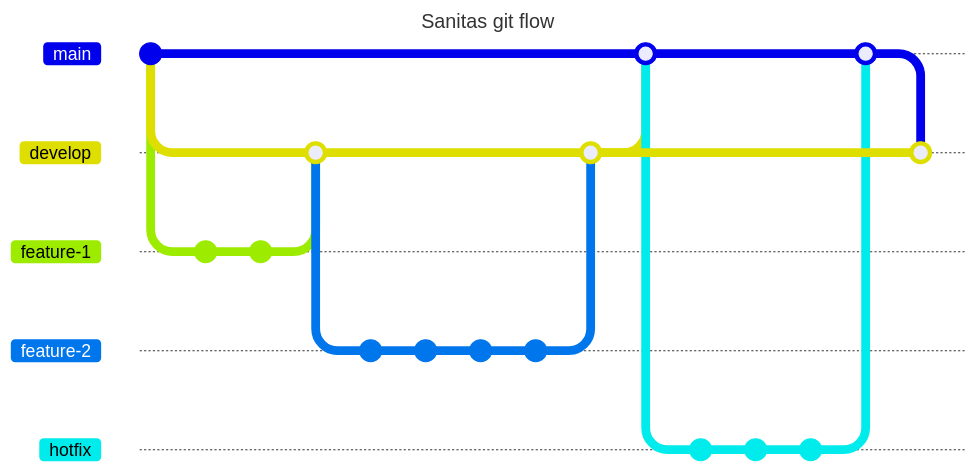
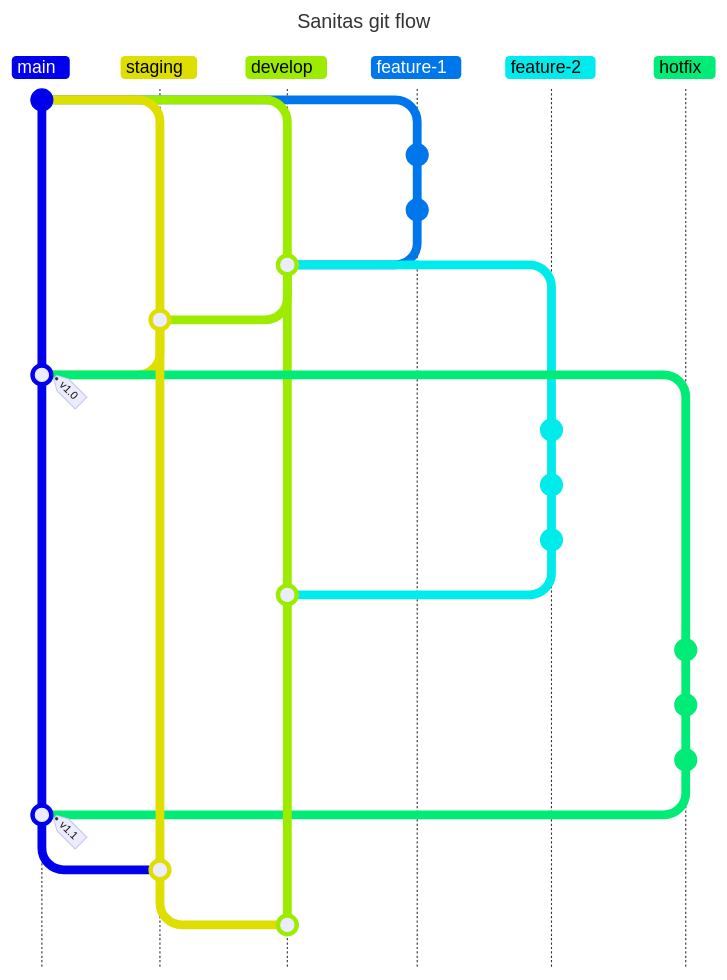
The diagram in wiki/mantenimiento/Metodologia_de_desarrollo.md (SanitasUVG/Sanitas), drawn with Mermaid before and after one commit. The commit also changed other lines of this file, not shown here. Commit ids are hidden.

````diff
--- a/wiki/mantenimiento/Metodologia_de_desarrollo.md
+++ b/wiki/mantenimiento/Metodologia_de_desarrollo.md
@@ -37,43 +41,53 @@
 ```mermaid
 ---
 title: Sanitas git flow
 ---
-gitGraph
+gitGraph TB:
     commit
+
+    branch staging
+    checkout staging
 
     branch develop
     checkout develop
 
     branch feature-1
     checkout feature-1
     commit
     commit
 
     checkout develop
     merge feature-1
 
+    checkout staging
+    merge develop
+
+    checkout main
+    merge staging tag: "v1.0"
+
+    checkout develop
     branch feature-2
     checkout feature-2
-    commit
     commit
     commit
     commit
 
     checkout develop
     merge feature-2
 
     checkout main
-    merge develop
-
     branch hotfix
     checkout hotfix
     commit
     commit
     commit
 
     checkout main
-    merge hotfix
+    merge hotfix tag: "v1.1"
+
+    checkout staging
+    merge main
 
     checkout develop
-    merge main
+    merge staging
 ```
````
